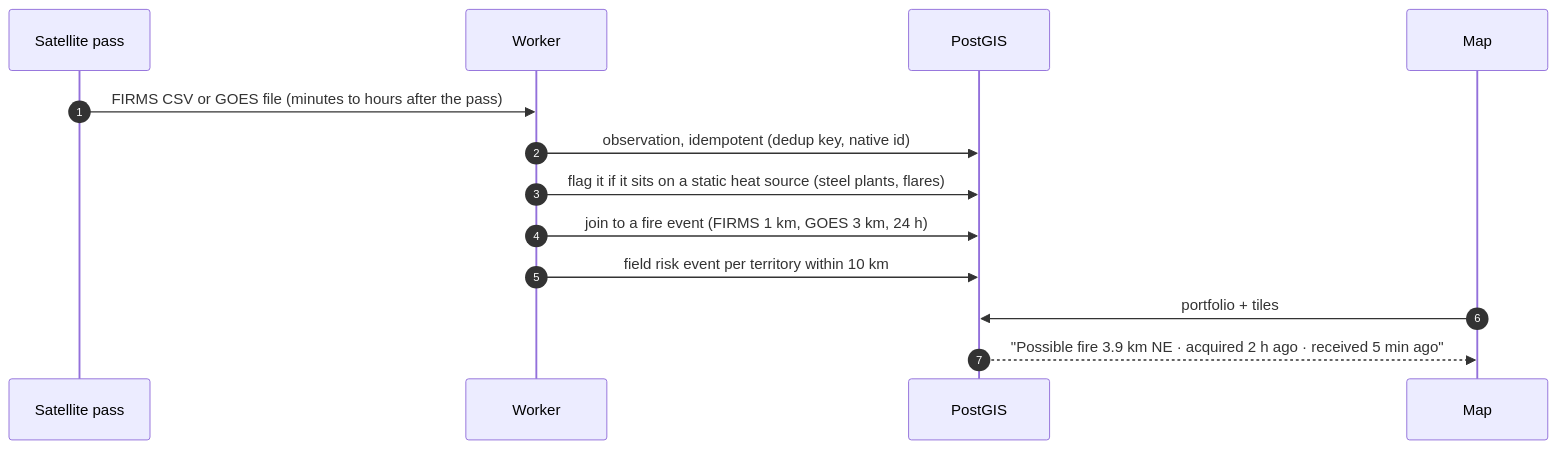
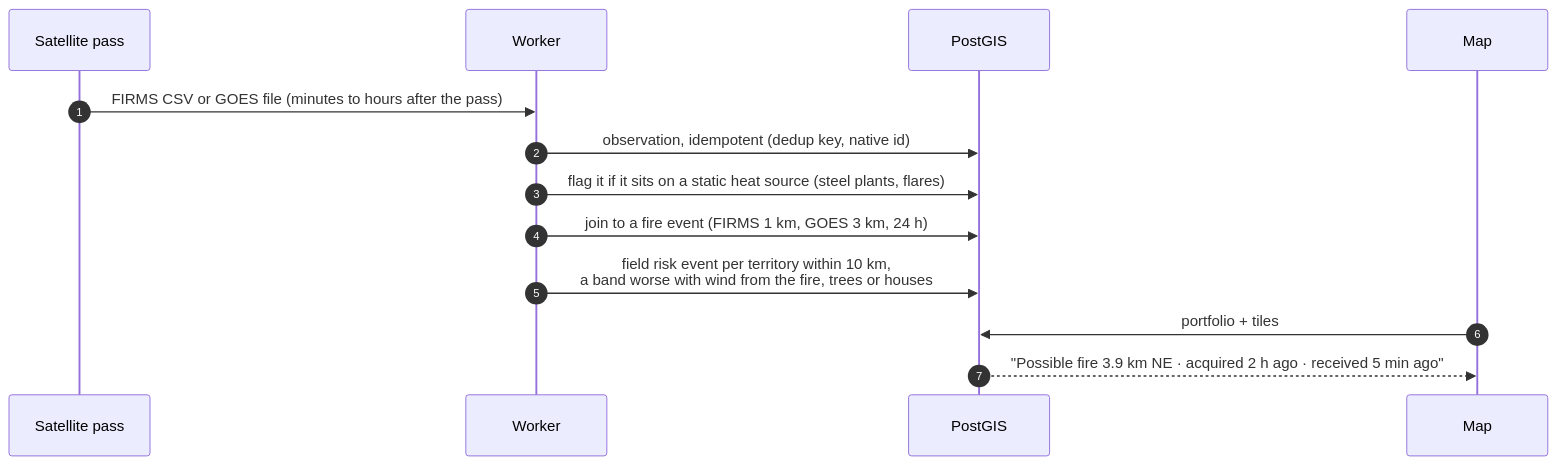
One commit to nickyperrone/Fire-Detection-System changed the third of 21 diagrams in README.md. Above: the diagram before and after it, drawn with Mermaid. The commit also changed other lines of this file and 23 other files, not shown here.

Commit message:
Read what is in each field from ESA WorldCover: trees or buildings make fires nearby a band worse, and alerts say what the field holds

````diff
--- a/README.md
+++ b/README.md
@@ -170,15 +170,15 @@
 ```mermaid
 sequenceDiagram
     autonumber
     participant Sat as Satellite pass
     participant W as Worker
     participant DB as PostGIS
     participant App as Map
     Sat->>W: FIRMS CSV or GOES file (minutes to hours after the pass)
     W->>DB: observation, idempotent (dedup key, native id)
     W->>DB: flag it if it sits on a static heat source (steel plants, flares)
     W->>DB: join to a fire event (FIRMS 1 km, GOES 3 km, 24 h)
-    W->>DB: field risk event per territory within 10 km
+    W->>DB: field risk event per territory within 10 km,<br/>a band worse with wind from the fire, trees or houses
     App->>DB: portfolio + tiles
     DB-->>App: "Possible fire 3.9 km NE · acquired 2 h ago · received 5 min ago"
 ```
````
